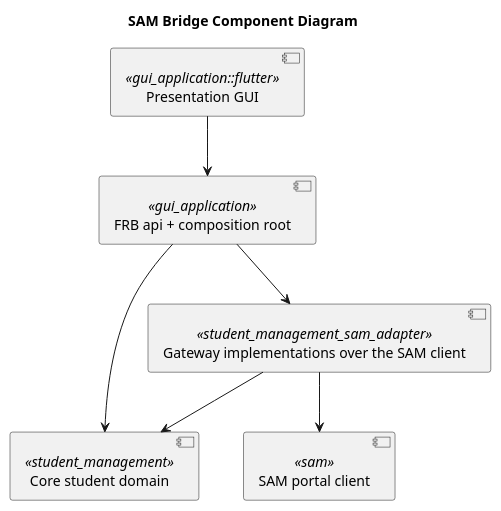
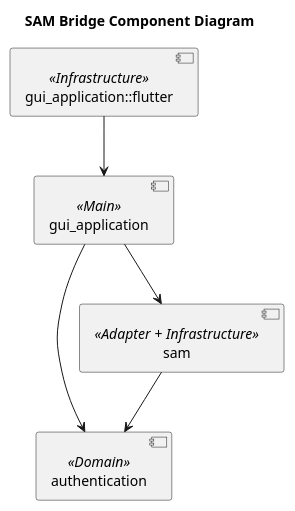
One commit to GabrielVander/sam-bridge changed the diagram in README.md. Above: the diagram before and after it, drawn with PlantUML. The commit also changed other lines of this file, not shown here.

````diff
--- a/README.md
+++ b/README.md
@@ -17,17 +17,15 @@
 ```plantuml
 @startuml
 title SAM Bridge Component Diagram
 
-component "Presentation GUI" as ui <<gui_application::flutter>>
-component "FRB api + composition root" as app <<gui_application>>
-component "Core student domain" as core <<student_management>>
-component "Gateway implementations over the SAM client" as adapter <<student_management_sam_adapter>>
-component "SAM portal client" as sam <<sam>>
+component "gui_application::flutter" as ui <<Infrastructure>>
+component gui_application <<Main>>
+component authentication <<Domain>>
+component sam <<Adapter + Infrastructure>>
 
-ui --> app
-app --> core
-app --> adapter
-adapter --> core
-adapter --> sam
+ui --> gui_application
+gui_application --> authentication
+gui_application --> sam
+sam --> authentication
 @enduml
 ```
````
